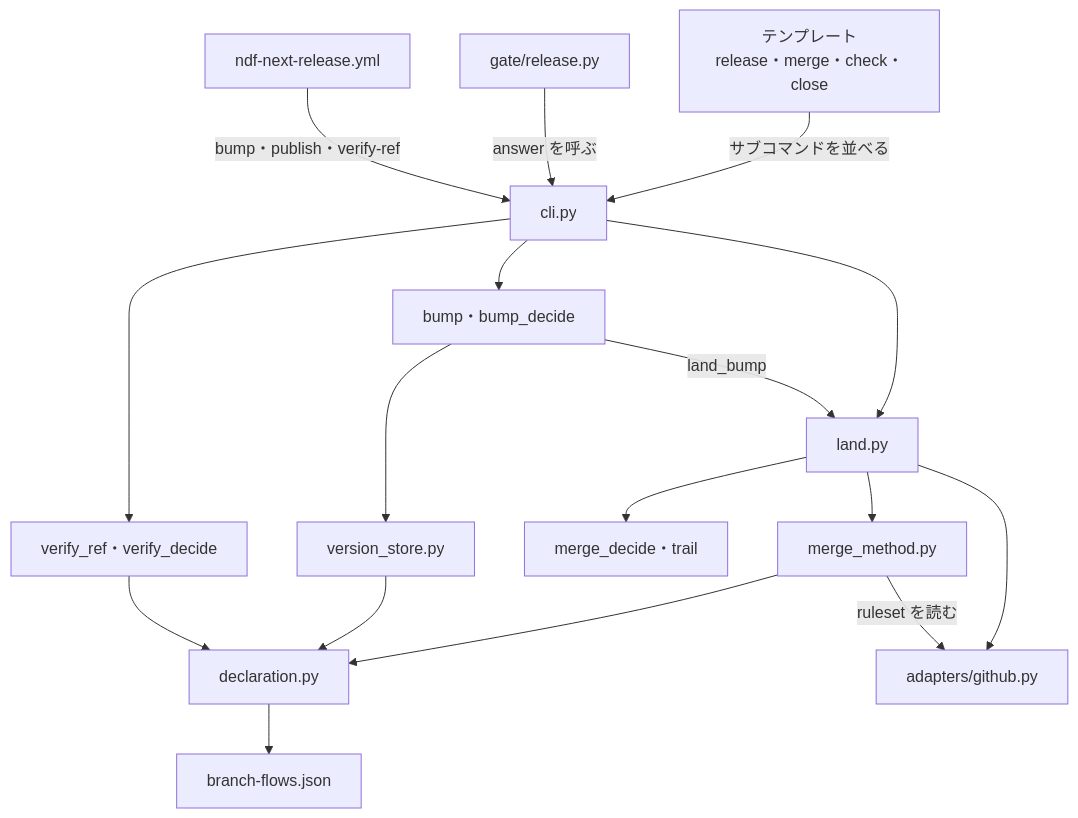
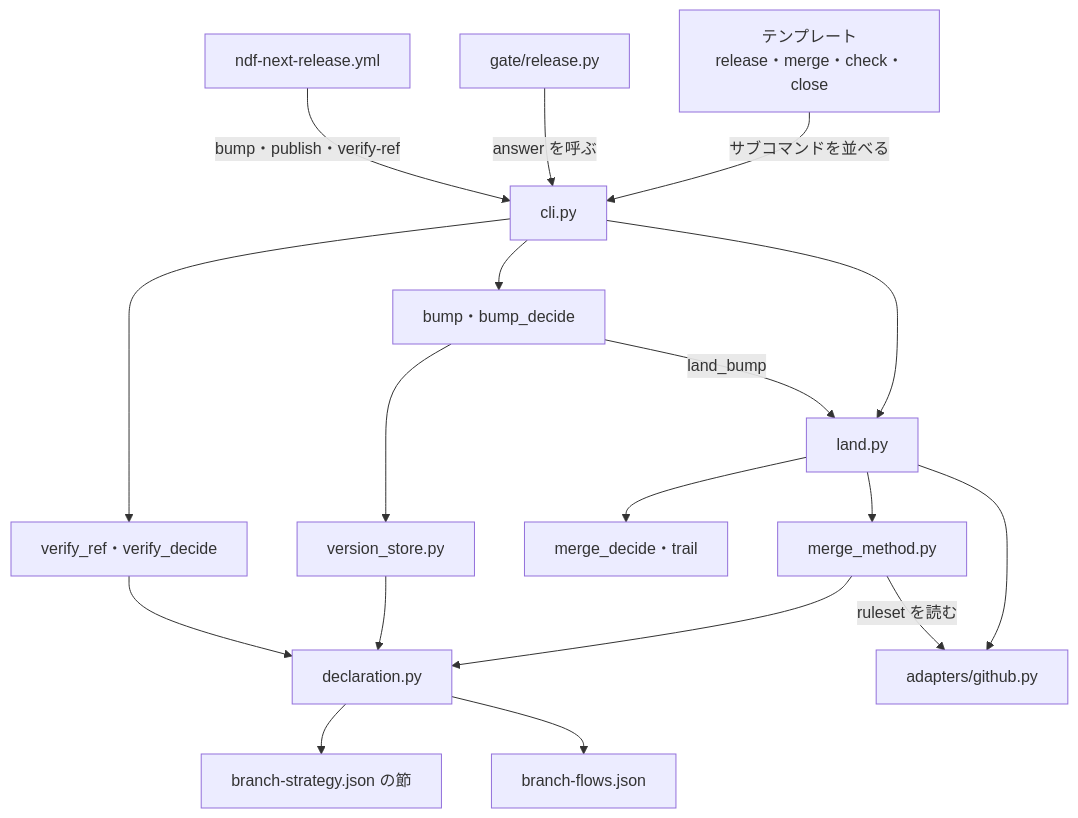
Before and after one commit to devbasex/ai-plugins: the first of 4 diagrams in issues/issue-3572-design.md, drawn with Mermaid. The commit also changed other lines of this file and 8 other files, not shown here.

First line of the commit message:
Docs: #3572 のブランチ戦略の設定を .ndf/branch-strategy.json の節 branch_strategy の 1 か所へまとめる

````diff
--- a/issues/issue-3572-design.md
+++ b/issues/issue-3572-design.md
@@ -269,19 +273,20 @@
 ```mermaid
 graph TD
     TPL[テンプレート<br/>release・merge・check・close] -->|サブコマンドを並べる| C[cli.py]
     G[gate/release.py] -->|answer を呼ぶ| C
     W[ndf-next-release.yml] -->|bump・publish・verify-ref| C
     C --> L[land.py]
     C --> B[bump・bump_decide]
     C --> V[verify_ref・verify_decide]
     L --> MM[merge_method.py]
     L --> MD[merge_decide・trail]
     B --> VS[version_store.py]
     B -->|land_bump| L
     MM --> D[declaration.py]
     VS --> D
     V --> D
+    D --> S[branch-strategy.json の節]
     D --> F[branch-flows.json]
     L --> GH[adapters/github.py]
     MM -->|ruleset を読む| GH
 ```
````
